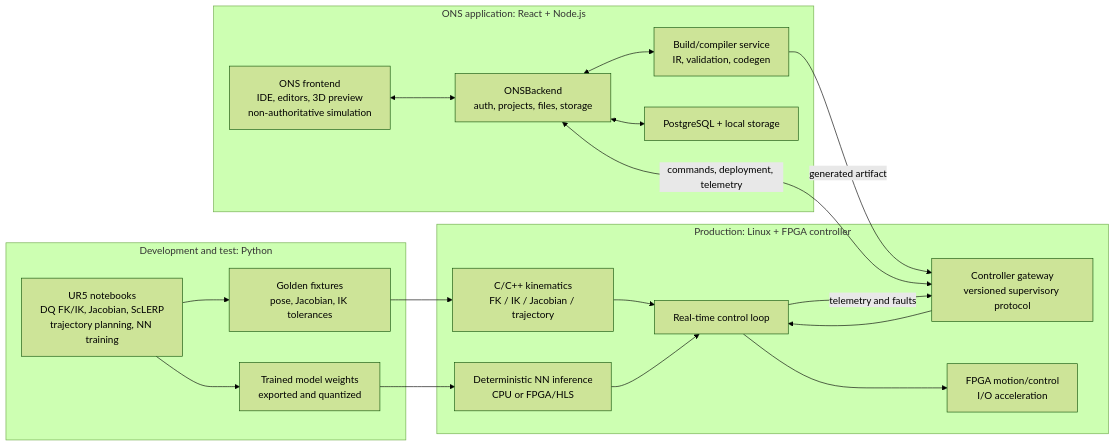
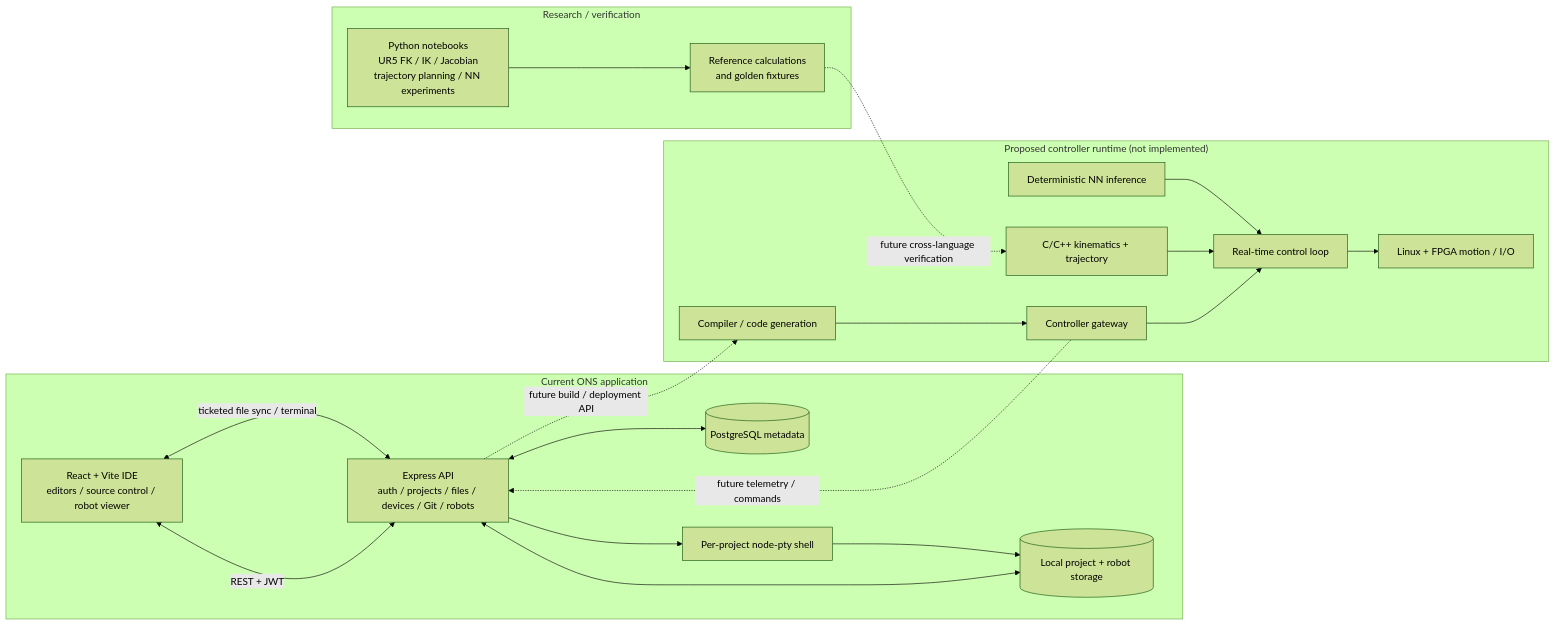
Before and after one commit to Ash786Sharma/Robot_Studio: the diagram in system-architecture.mmd, drawn with Mermaid (forest theme). The commit also changed 26 other files, not shown here.

```diff
--- a/system-architecture.mmd
+++ b/system-architecture.mmd
@@ -1,38 +1,37 @@
 flowchart LR
-    subgraph Research["Development and test: Python"]
-        NB["UR5 notebooks\nDQ FK/IK, Jacobian, ScLERP\ntrajectory planning, NN training"]
-        FIXTURES["Golden fixtures\npose, Jacobian, IK tolerances"]
-        WEIGHTS["Trained model weights\nexported and quantized"]
+    subgraph Research["Research / verification"]
+        NB["Python notebooks\nUR5 FK / IK / Jacobian\ntrajectory planning / NN experiments"]
+        FIXTURES["Reference calculations\nand golden fixtures"]
+        NB --> FIXTURES
     end
 
-    subgraph App["ONS application: React + Node.js"]
-        FE["ONS frontend\nIDE, editors, 3D preview\nnon-authoritative simulation"]
-        BE["ONSBackend\nauth, projects, files, storage"]
-        BUILD["Build/compiler service\nIR, validation, codegen"]
-        DB["PostgreSQL + local storage"]
+    subgraph Current["Current ONS application"]
+        FE["React + Vite IDE\neditors / source control / robot viewer"]
+        BE["Express API\nauth / projects / files / devices / Git / robots"]
+        DB[("PostgreSQL metadata")]
+        DISK[("Local project + robot storage")]
+        PTY["Per-project node-pty shell"]
+        FE <-->|"REST + JWT"| BE
+        FE <-->|"ticketed file sync / terminal"| BE
+        BE <--> DB
+        BE <--> DISK
+        BE --> PTY --> DISK
     end
 
-    subgraph Controller["Production: Linux + FPGA controller"]
-        GATEWAY["Controller gateway\nversioned supervisory protocol"]
-        KIN["C/C++ kinematics\nFK / IK / Jacobian / trajectory"]
-        NN["Deterministic NN inference\nCPU or FPGA/HLS"]
+    subgraph Future["Proposed controller runtime (not implemented)"]
+        COMP["Compiler / code generation"]
+        GATEWAY["Controller gateway"]
+        KIN["C/C++ kinematics + trajectory"]
+        NN["Deterministic NN inference"]
         RT["Real-time control loop"]
-        FPGA["FPGA motion/control\nI/O acceleration"]
+        FPGA["Linux + FPGA motion / I/O"]
+        COMP --> GATEWAY
+        GATEWAY --> RT
+        KIN --> RT
+        NN --> RT
+        RT --> FPGA
     end
 
-    NB --> FIXTURES
-    NB --> WEIGHTS
-    FIXTURES --> KIN
-    WEIGHTS --> NN
-
-    FE <--> BE
-    BE <--> DB
-    BE <--> BUILD
-    BUILD -->|generated artifact| GATEWAY
-    BE <--> |commands, deployment, telemetry| GATEWAY
-
-    GATEWAY --> RT
-    KIN --> RT
-    NN --> RT
-    RT --> FPGA
-    RT -->|telemetry and faults| GATEWAY
+    FIXTURES -. "future cross-language verification" .-> KIN
+    BE -. "future build / deployment API" .-> COMP
+    GATEWAY -. "future telemetry / commands" .-> BE
```
